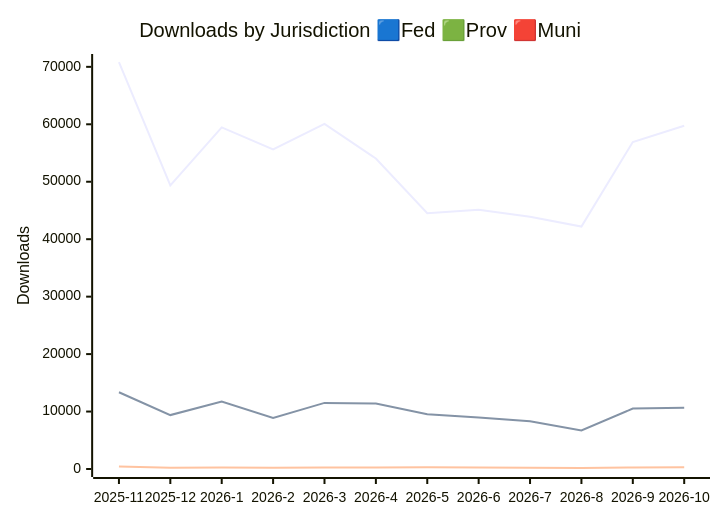
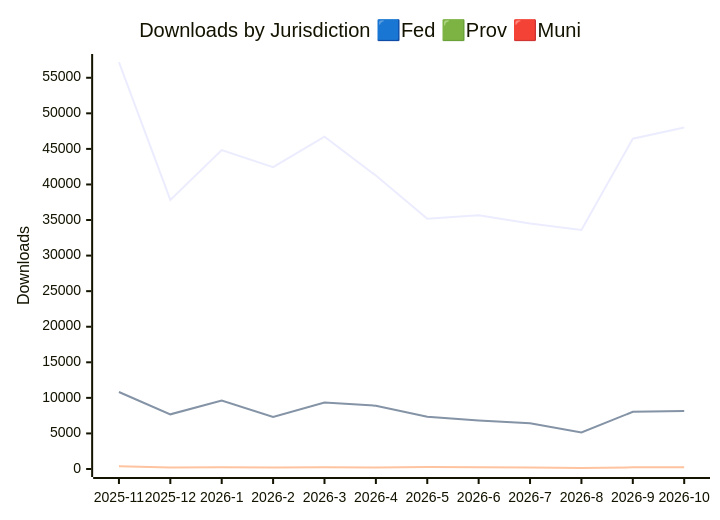
One commit to open-data/analytics-corporate-reporting changed the first of 3 diagrams in JURISDICTION_ANALYTICS_REPORT/readme.md. Above: the diagram before and after it, drawn with Mermaid. The commit also changed other lines of this file and 3 other files, not shown here.

````diff
--- a/JURISDICTION_ANALYTICS_REPORT/readme.md
+++ b/JURISDICTION_ANALYTICS_REPORT/readme.md
@@ -13,10 +13,10 @@
 ```mermaid
 
 xychart-beta
     title "Downloads by Jurisdiction 🟦Fed 🟩Prov 🟥Muni"
     x-axis [2025-11, 2025-12, 2026-1, 2026-2, 2026-3, 2026-4, 2026-5, 2026-6, 2026-7, 2026-8, 2026-9, 2026-10]
-    y-axis "Downloads" 0 --> 70842
-    line [70832, 49370, 59452, 55647, 60056, 54050, 44517, 45104, 43913, 42192, 56923, 59751]
-    line [13365, 9384, 11755, 8900, 11505, 11393, 9524, 8977, 8295, 6697, 10514, 10657]
-    line [420, 224, 270, 228, 269, 267, 286, 274, 238, 159, 263, 284]
+    y-axis "Downloads" 0 --> 57216
+    line [57206, 37827, 44841, 42427, 46730, 41251, 35172, 35658, 34499, 33593, 46438, 48022]
+    line [10821, 7685, 9628, 7332, 9331, 8900, 7351, 6827, 6420, 5149, 8033, 8166]
+    line [394, 213, 259, 217, 251, 215, 266, 258, 228, 155, 233, 247]
 ```
````
